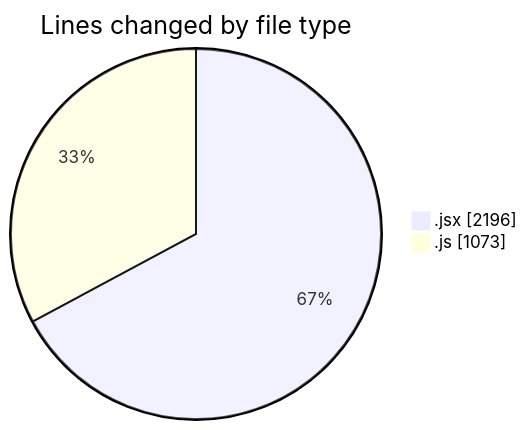
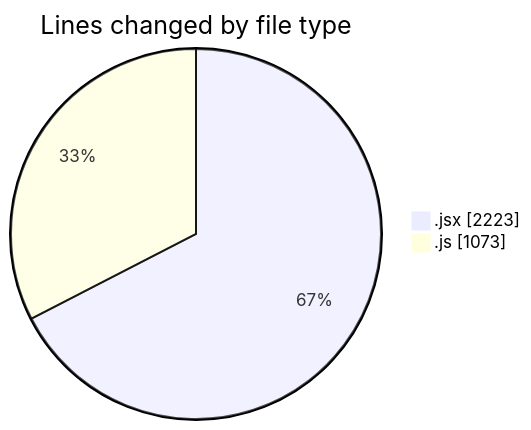
The first of 2 diagrams in 2025-06-04/nxtqube_webapp/README.md (nxtqubesakshisongat/code-tracking), drawn with Mermaid before and after one commit. The commit also changed other lines of this file and 1 other file, not shown here.

````diff
--- a/2025-06-04/nxtqube_webapp/README.md
+++ b/2025-06-04/nxtqube_webapp/README.md
@@ -27,6 +27,6 @@
 ```mermaid
 pie showData
 title Lines changed by file type
-".jsx" : 2196
+".jsx" : 2223
 ".js" : 1073
 ```
````
